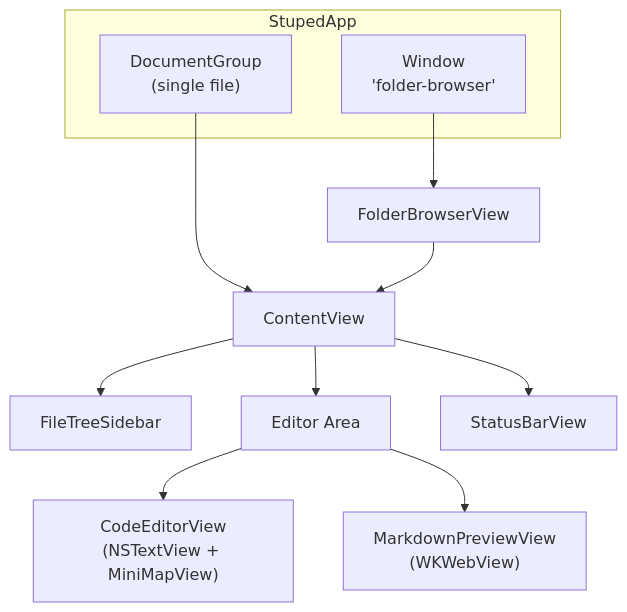
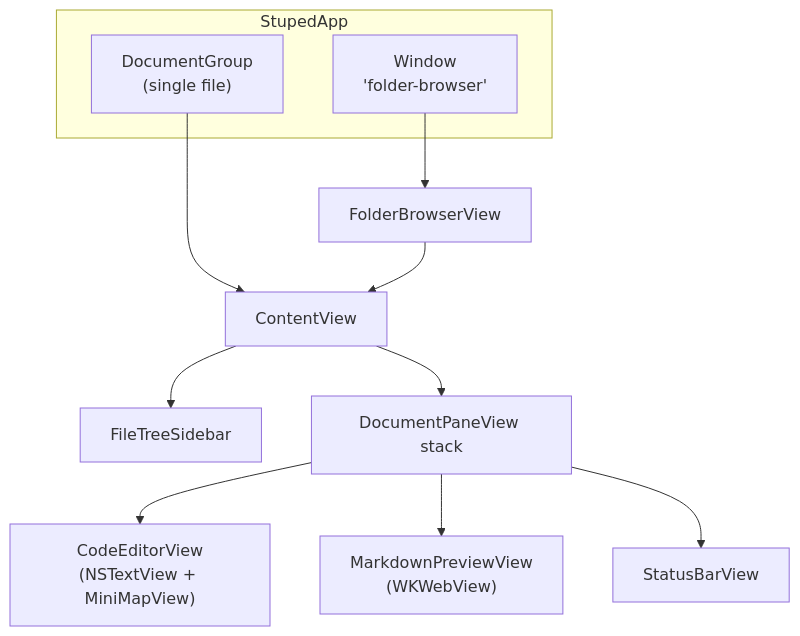
Before and after one commit to bjblazko/stuped: the second of 7 diagrams in doc/arc42.md, drawn with Mermaid. The commit also changed other lines of this file and 19 other files, not shown here.

````diff
--- a/doc/arc42.md
+++ b/doc/arc42.md
@@ -90,17 +90,16 @@
 ```mermaid
 graph TD
     subgraph StupedApp
         DG["DocumentGroup\n(single file)"]
         WS["Window\n'folder-browser'"]
     end
 
     DG --> CV["ContentView"]
     WS --> FBV["FolderBrowserView"] --> CV
 
     CV --> FTS["FileTreeSidebar"]
-    CV --> EA["Editor Area"]
-    CV --> SBV["StatusBarView"]
-
-    EA --> CEV["CodeEditorView\n(NSTextView + MiniMapView)"]
-    EA --> MPV["MarkdownPreviewView\n(WKWebView)"]
+    CV --> DP["DocumentPaneView stack"]
+    DP --> CEV["CodeEditorView\n(NSTextView + MiniMapView)"]
+    DP --> MPV["MarkdownPreviewView\n(WKWebView)"]
+    DP --> SBV["StatusBarView"]
 ```
````
